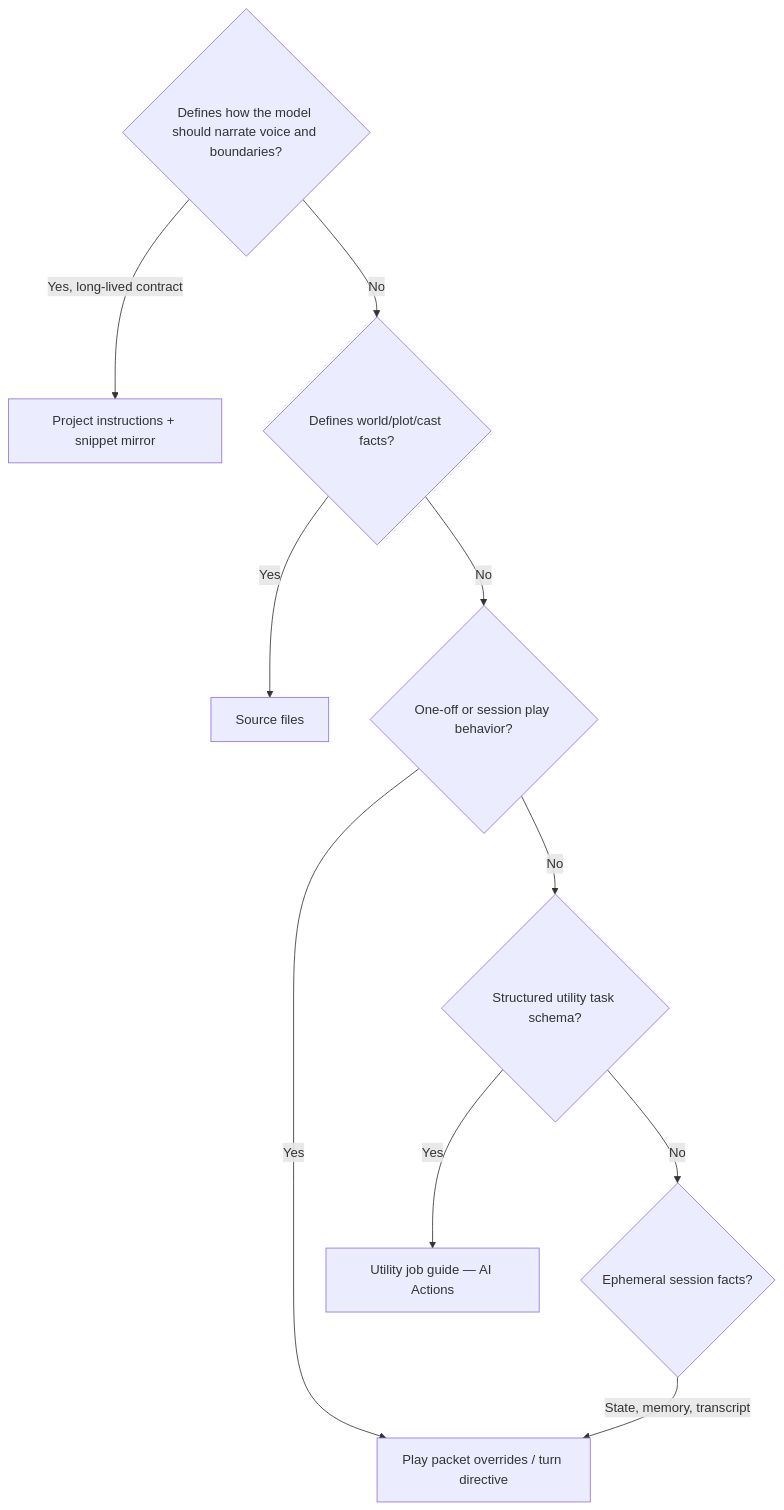
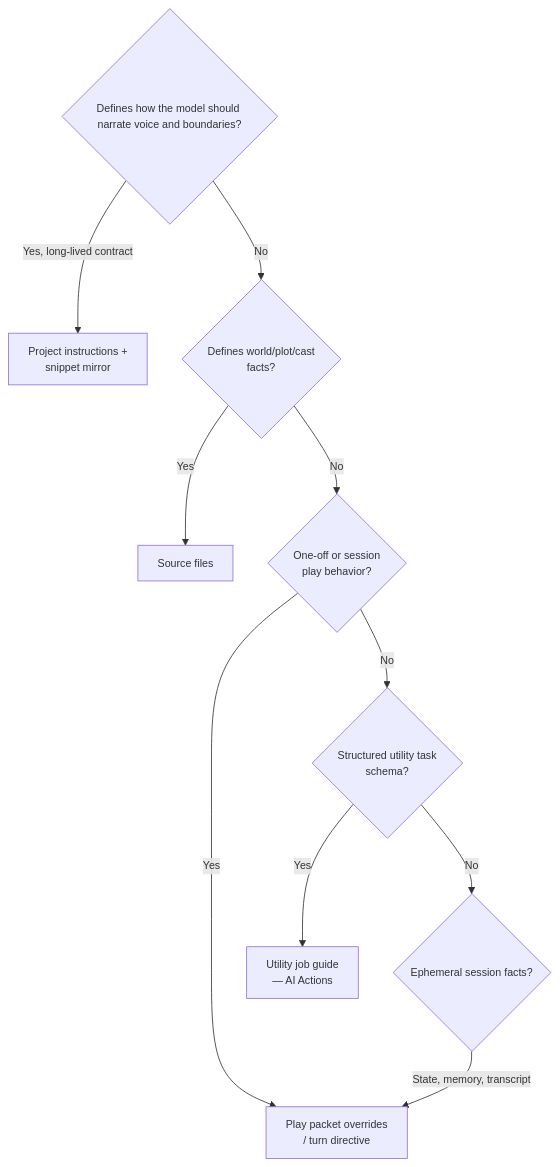
One commit to CMD0112/NarrativeGPT changed the diagram in docs/user/instruction-channels.md. Above: the diagram before and after it, drawn with Mermaid. The commit also changed 788 other files, not shown here.

````diff
--- a/docs/user/instruction-channels.md
+++ b/docs/user/instruction-channels.md
@@ -34,13 +34,14 @@
 ```mermaid
+%%{init: {"flowchart":{"nodeSpacing":42,"rankSpacing":48,"padding":12,"diagramPadding":8,"htmlLabels":true},"themeVariables":{"fontSize":"13px"}} }%%
 flowchart TD
     Q1{Defines how the model should narrate voice and boundaries?}
-    Q1 -->|Yes, long-lived contract| Proj[Project instructions + snippet mirror]
-    Q1 -->|No| Q2{Defines world/plot/cast facts?}
+    Q1 -->|Yes, long-lived contract| Proj[Project instructions +<br/>snippet mirror]
+    Q1 -->|No| Q2{Defines world/plot/cast<br/>facts?}
     Q2 -->|Yes| Src[Source files]
-    Q2 -->|No| Q3{One-off or session play behavior?}
-    Q3 -->|Yes| Pkt[Play packet overrides / turn directive]
-    Q3 -->|No| Q4{Structured utility task schema?}
-    Q4 -->|Yes| Job[Utility job guide — AI Actions]
+    Q2 -->|No| Q3{One-off or session<br/>play behavior?}
+    Q3 -->|Yes| Pkt[Play packet overrides<br/>/ turn directive]
+    Q3 -->|No| Q4{Structured utility task<br/>schema?}
+    Q4 -->|Yes| Job[Utility job guide<br/>— AI Actions]
     Q4 -->|No| Q5{Ephemeral session facts?}
     Q5 -->|State, memory, transcript| Pkt
 ```
````
